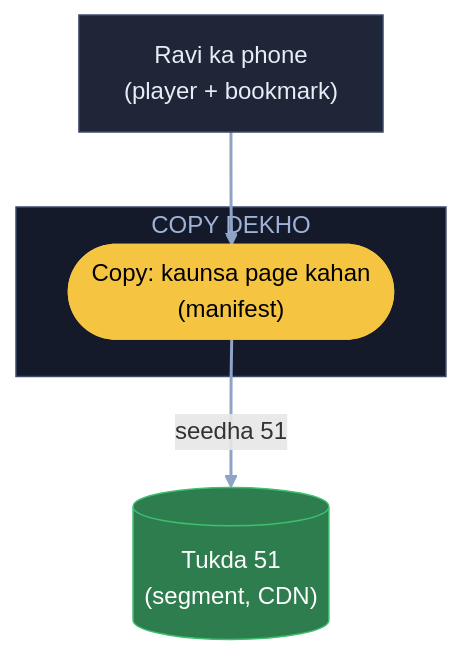
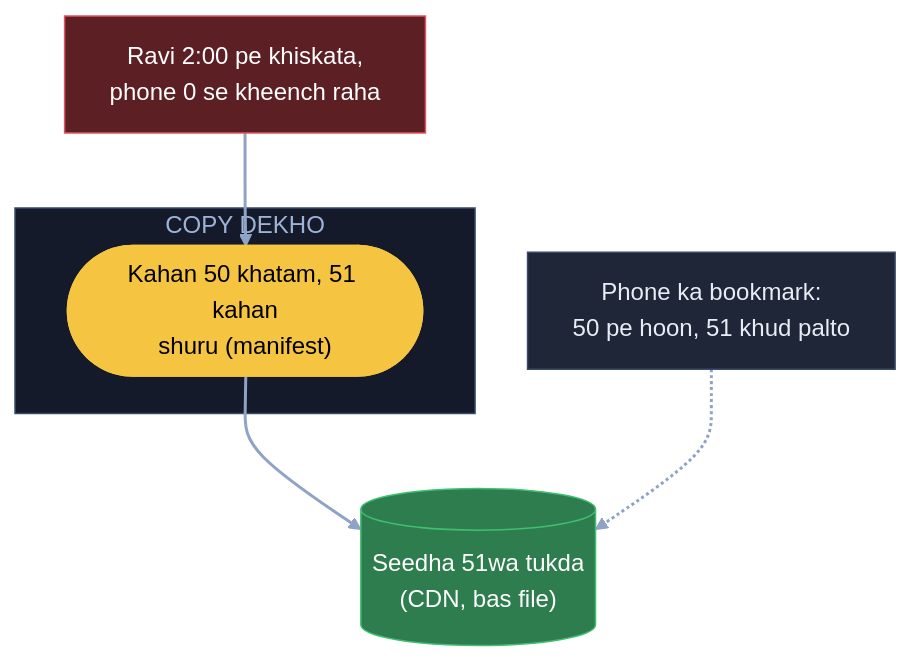
Diagram 14 of 15 in 04_HLD/SYSTEM_DESIGNS/03_twitter_feed/03_twitter_feed.md (ArpanMaheshwari144/Prep), drawn with Mermaid before and after one commit. The commit also changed other lines of this file, not shown here.

Commit message:
Twitter: 15 diagram hand notes ke shabdon se, K1 heading + K9 line notes jaisi

````diff
--- a/04_HLD/SYSTEM_DESIGNS/03_twitter_feed/03_twitter_feed.md
+++ b/04_HLD/SYSTEM_DESIGNS/03_twitter_feed/03_twitter_feed.md
@@ -466,16 +451,18 @@
 ```mermaid
 flowchart TB
-    P["Ravi ka phone<br/>(player + bookmark)"]:::card
-    subgraph CP["COPY DEKHO"]
-        M(["Copy: kaunsa page kahan<br/>(manifest)"]):::pill
+    R["Ravi 2:00 pe khiskata,<br/>phone 0 se kheench raha"]:::bad
+    subgraph CD["COPY DEKHO"]
+        M(["Kahan 50 khatam, 51 kahan<br/>shuru (manifest)"]):::pill
     end
-    T[("Tukda 51<br/>(segment, CDN)")]:::good
-    P --> M
-    M -- "seedha 51" --> T
+    B["Phone ka bookmark:<br/>50 pe hoon, 51 khud palto"]:::card
+    T[("Seedha 51wa tukda<br/>(CDN, bas file)")]:::good
+    R --> M
+    M --> T
+    B -.-> T
     linkStyle default stroke:#8fa3c7,stroke-width:2px
     classDef card fill:#1e2638,stroke:#3a4a6b,color:#e8ecf5
     classDef pill fill:#f5c542,stroke:#f5c542,color:#000
     classDef good fill:#2e7d4f,stroke:#3fbf6f,color:#fff
     classDef bad fill:#5c1f24,stroke:#e05561,color:#fff
-    style CP fill:#141a29,stroke:#3a4a6b,color:#9fb3d9
+    style CD fill:#141a29,stroke:#3a4a6b,color:#9fb3d9
 ```
````
